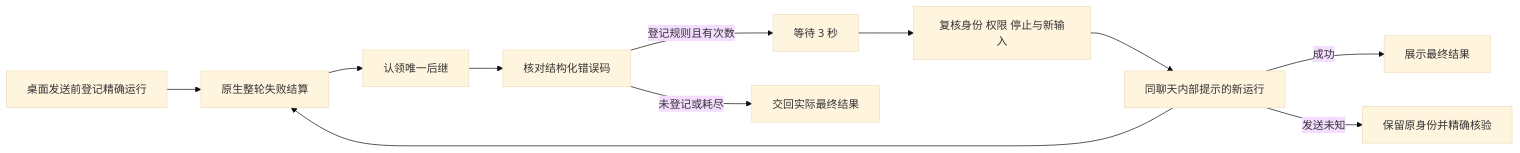
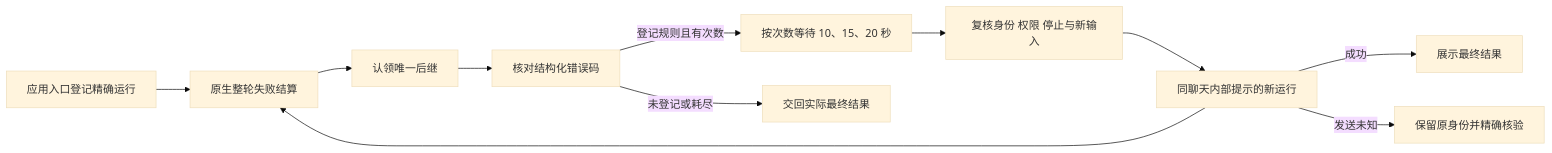
One commit to liangxhao/JustDo changed the diagram in docs/features/execution/automatic-error-retry.md. Above: the diagram before and after it, drawn with Mermaid (base theme). The commit also changed other lines of this file and 72 other files, not shown here.

````diff
--- a/docs/features/execution/automatic-error-retry.md
+++ b/docs/features/execution/automatic-error-retry.md
@@ -47,13 +49,13 @@
 ```mermaid
 flowchart LR
-  Send[桌面发送前登记精确运行] --> Terminal[原生整轮失败结算]
+  Send[应用入口登记精确运行] --> Terminal[原生整轮失败结算]
   Terminal --> Claim[认领唯一后继]
   Claim --> Code[核对结构化错误码]
-  Code -->|登记规则且有次数| Delay[等待 3 秒]
+  Code -->|登记规则且有次数| Delay[按次数等待 10、15、20 秒]
   Delay --> Check[复核身份 权限 停止与新输入]
   Code -->|未登记或耗尽| Final[交回实际最终结果]
   Check --> Next[同聊天内部提示的新运行]
   Next --> Terminal
   Next -->|成功| Done[展示最终结果]
   Next -->|发送未知| Unknown[保留原身份并精确核验]
 ```
````
